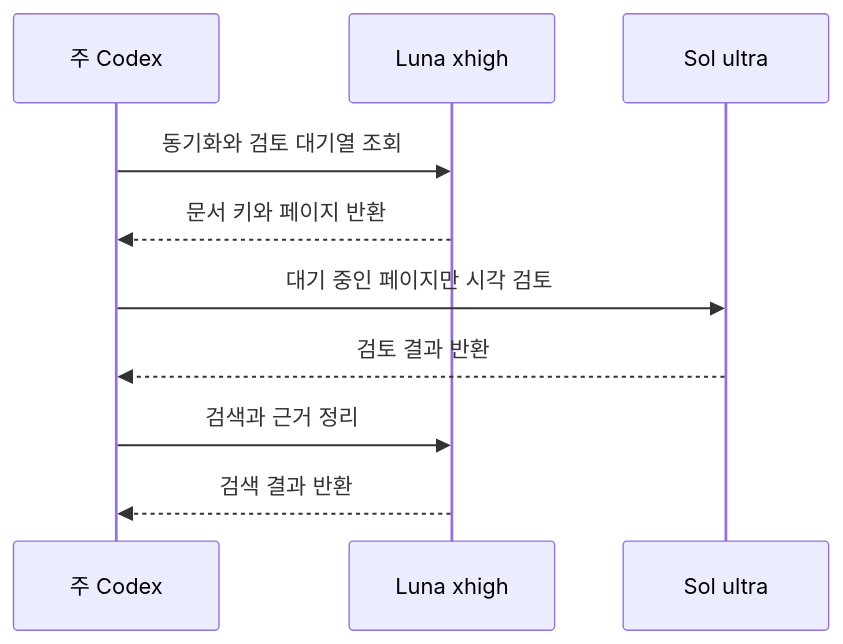
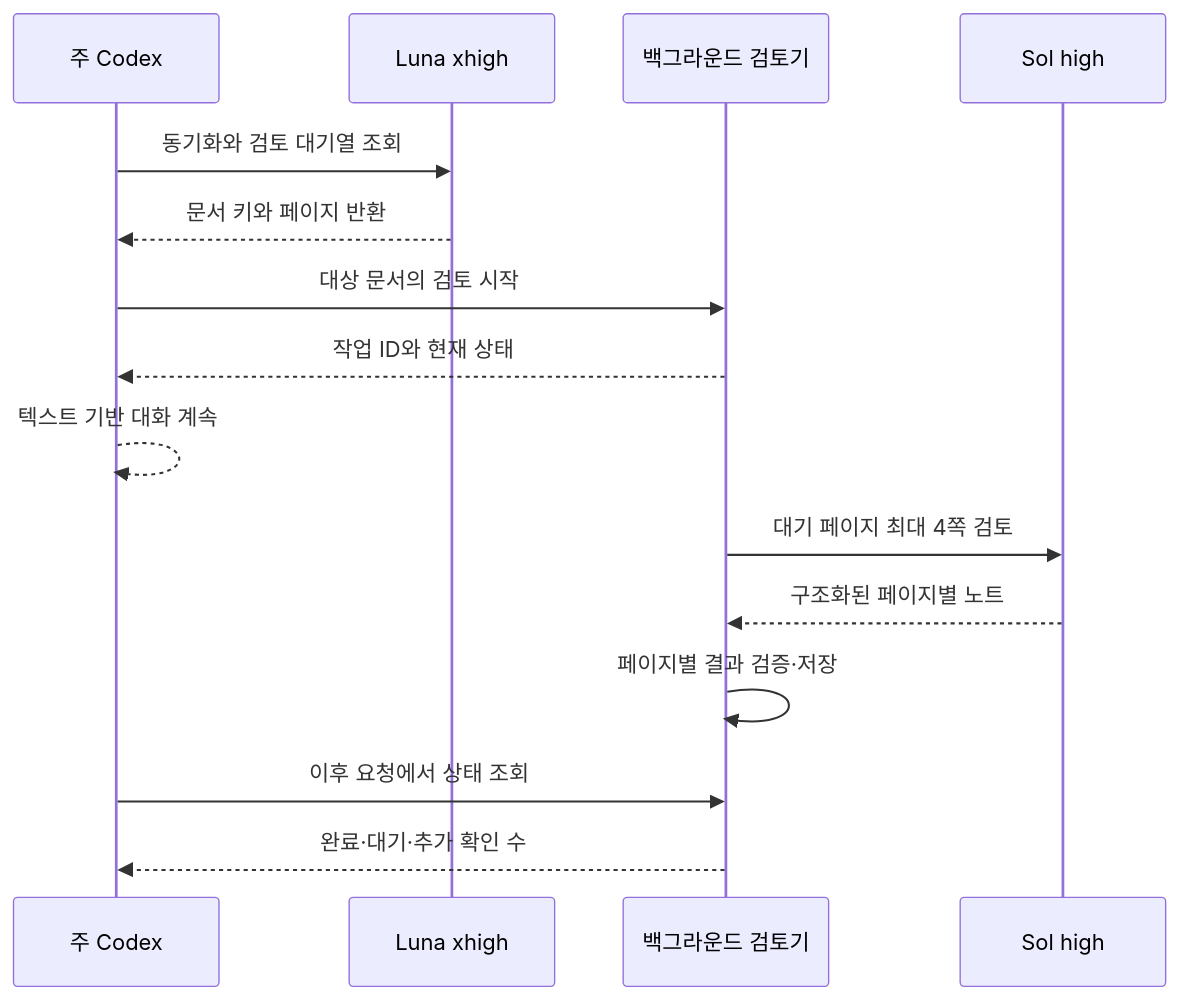
One commit to LWH4Data/research-agent changed the fourth of 10 diagrams in docs/technical/README.md. Above: the diagram before and after it, drawn with Mermaid. The commit also changed other lines of this file and 69 other files, not shown here.

````diff
--- a/docs/technical/README.md
+++ b/docs/technical/README.md
@@ -391,13 +469,18 @@
 ```mermaid
 sequenceDiagram
     participant C as 주 Codex
     participant L as Luna xhigh
-    participant S as Sol ultra
+    participant B as 백그라운드 검토기
+    participant S as Sol high
 
     C->>L: 동기화와 검토 대기열 조회
     L-->>C: 문서 키와 페이지 반환
-    C->>S: 대기 중인 페이지만 시각 검토
-    S-->>C: 검토 결과 반환
-    C->>L: 검색과 근거 정리
-    L-->>C: 검색 결과 반환
+    C->>B: 대상 문서의 검토 시작
+    B-->>C: 작업 ID와 현재 상태
+    C-->>C: 텍스트 기반 대화 계속
+    B->>S: 대기 페이지 최대 4쪽 검토
+    S-->>B: 구조화된 페이지별 노트
+    B->>B: 페이지별 결과 검증·저장
+    C->>B: 이후 요청에서 상태 조회
+    B-->>C: 완료·대기·추가 확인 수
 ```
````
